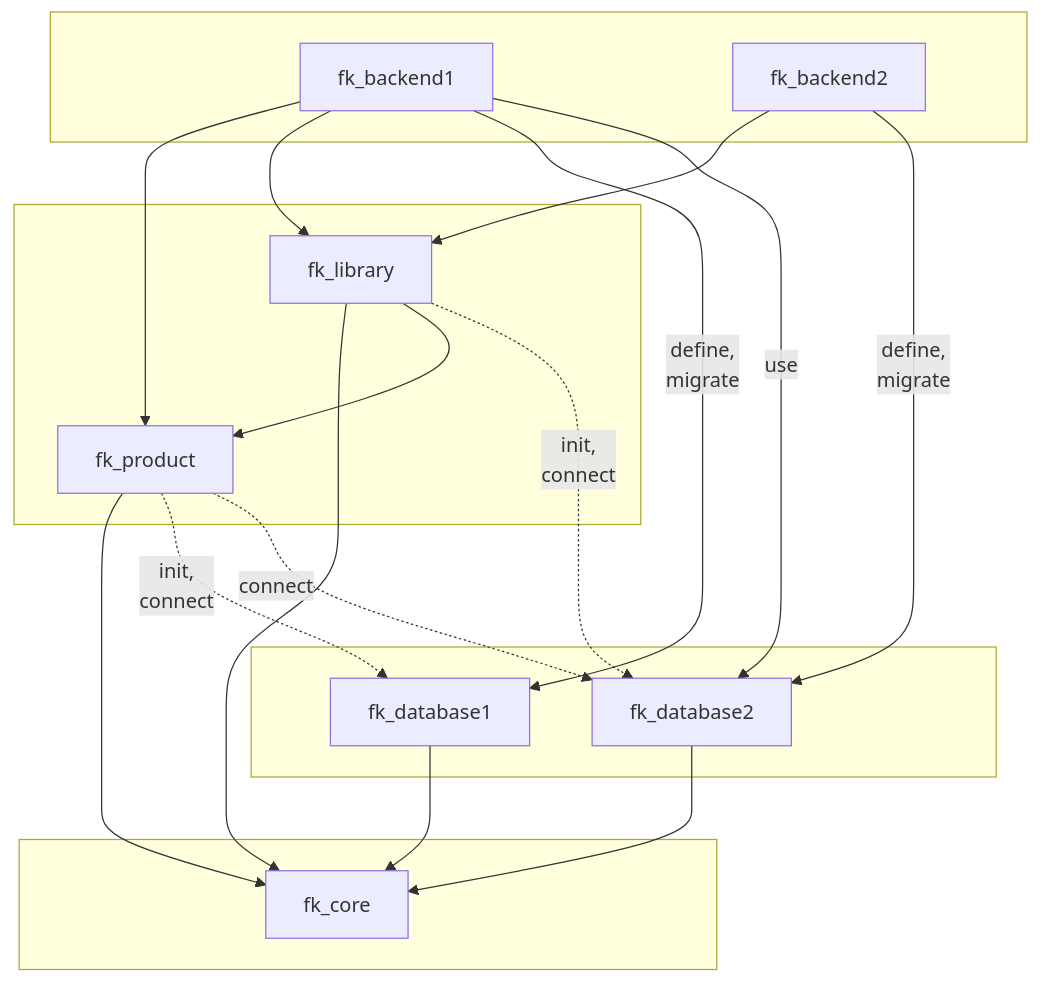
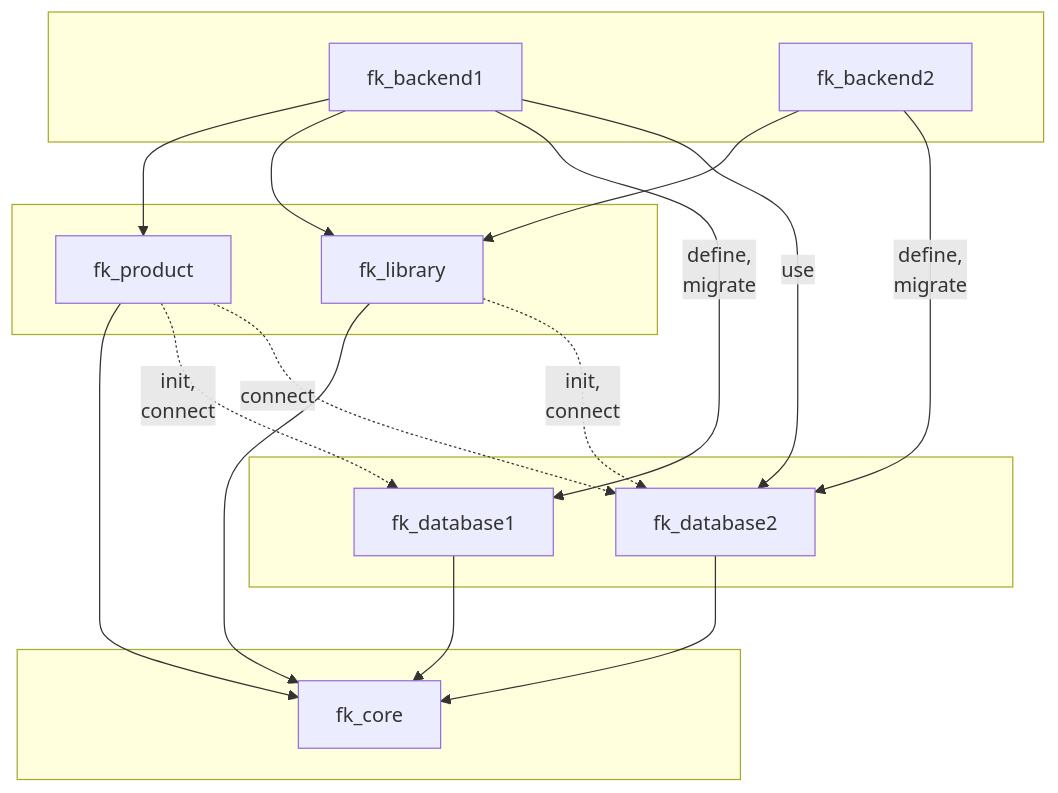
Before and after one commit to funkrusher/fk-framework-quarkus-jooq: the first of 7 diagrams in README.md, drawn with Mermaid.

Commit message:
simplify diagram
simplify diagram

````diff
--- a/README.md
+++ b/README.md
@@ -36,26 +36,25 @@
 ```mermaid
 graph TD;
 subgraph  
 fk_core
 end
 subgraph  
 fk_database1 --> fk_core
 fk_database2 --> fk_core
 end
 subgraph  
 fk_product --> fk_core
 fk_library --> fk_core
-fk_library --> fk_product
 fk_product -.->|init,\n connect| fk_database1
 fk_product -.->|connect| fk_database2
 fk_library -.->|init,\n connect| fk_database2
 end
 subgraph  
 fk_backend1 --> fk_product
 fk_backend1 --> fk_library
 fk_backend1 -->|define,\n migrate| fk_database1
 fk_backend1 -->|use| fk_database2
 fk_backend2 --> fk_library
 fk_backend2 -->|define,\n migrate| fk_database2
 end
 ```
````
